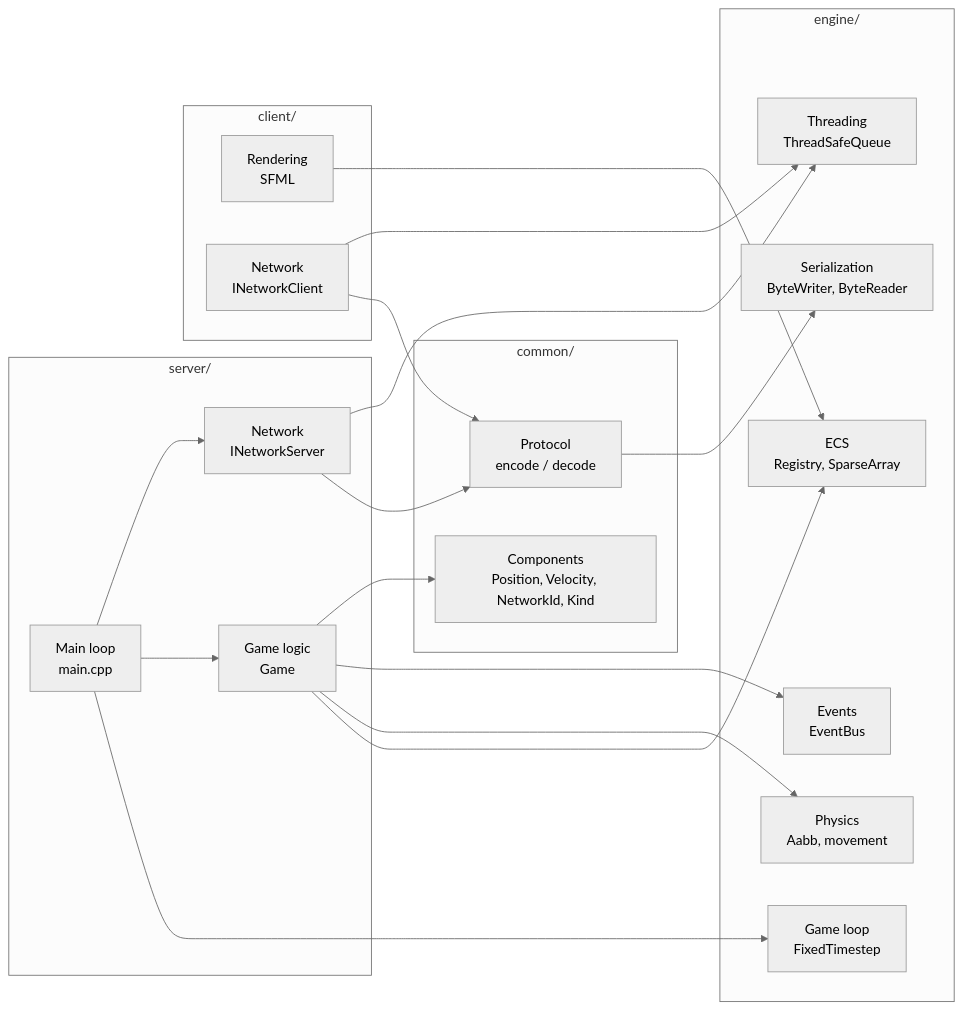
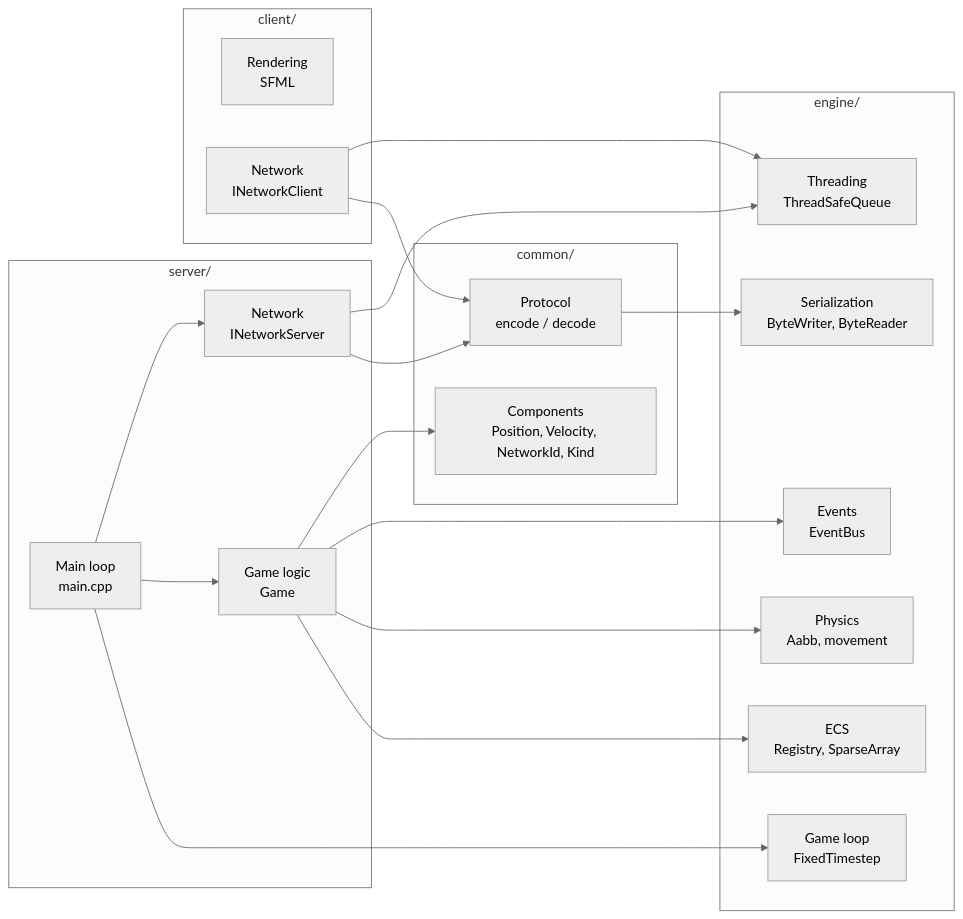
The second of 6 diagrams in docs/architecture.md (Nivek-Hyn/epitech-rtype), drawn with Mermaid (neutral theme) before and after one commit. The commit also changed other lines of this file, not shown here.

````diff
--- a/docs/architecture.md
+++ b/docs/architecture.md
@@ -45,37 +45,36 @@
 ```mermaid
 flowchart LR
     subgraph Engine["engine/"]
         ECS["ECS<br/>Registry, SparseArray"]
         Loop["Game loop<br/>FixedTimestep"]
         Physics["Physics<br/>Aabb, movement"]
         Events["Events<br/>EventBus"]
         Bytes["Serialization<br/>ByteWriter, ByteReader"]
         Queue["Threading<br/>ThreadSafeQueue"]
     end
     subgraph Common["common/"]
         Protocol["Protocol<br/>encode / decode"]
         Components["Components<br/>Position, Velocity, NetworkId, Kind"]
     end
     subgraph Server["server/"]
         ServerMain["Main loop<br/>main.cpp"]
         Game["Game logic<br/>Game"]
         ServerNet["Network<br/>INetworkServer"]
     end
     subgraph Client["client/"]
         Render["Rendering<br/>SFML"]
         ClientNet["Network<br/>INetworkClient"]
     end
     Protocol --> Bytes
     ServerMain --> Loop
     ServerMain --> Game
     ServerMain --> ServerNet
     Game --> ECS
     Game --> Physics
     Game --> Events
     Game --> Components
     ServerNet --> Protocol
     ServerNet --> Queue
     ClientNet --> Protocol
     ClientNet --> Queue
-    Render --> ECS
 ```
````
